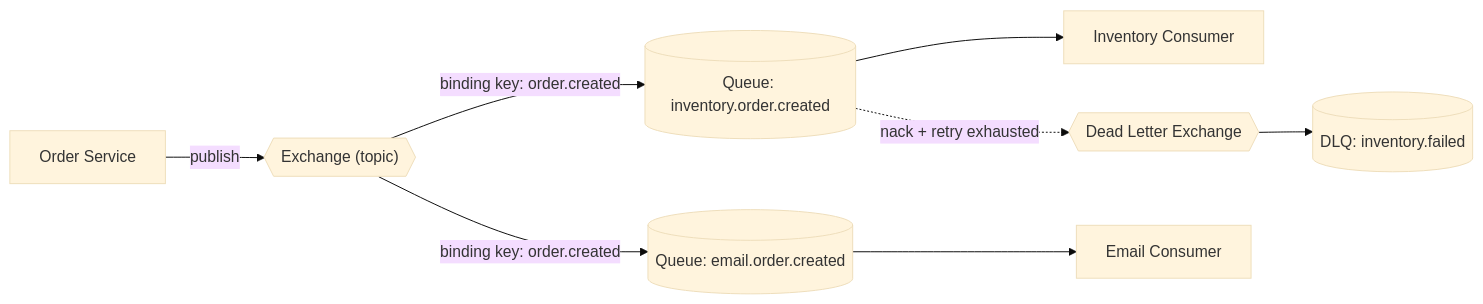
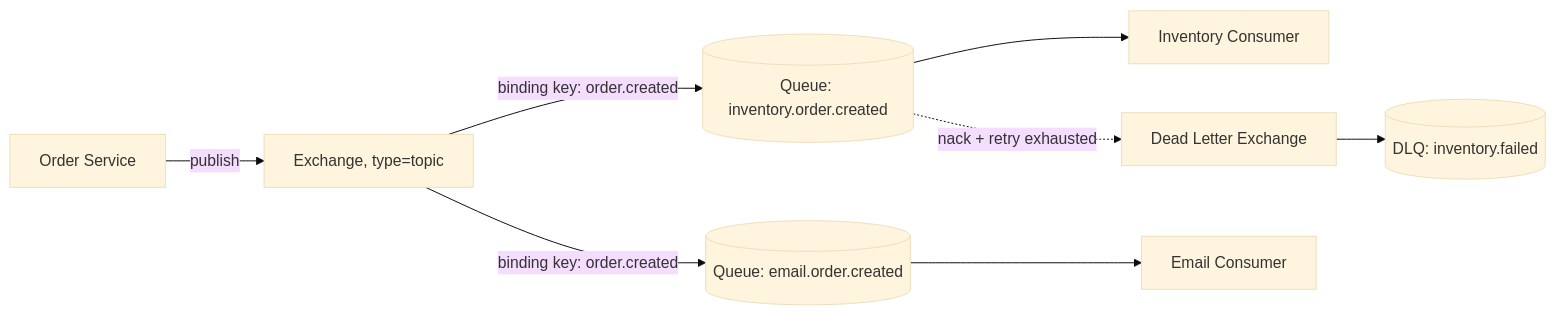
One commit to TheTangentLine/Learn_microservice_communication changed the first of 7 diagrams in Notes/Week2-Asynchronous_Communication_And_Message_Queues/README.md. Above: the diagram before and after it, drawn with Mermaid (base theme). The commit also changed 2 other files, not shown here.

Commit message:
fix mermaid diagram parsing error

````diff
--- a/Notes/Week2-Asynchronous_Communication_And_Message_Queues/README.md
+++ b/Notes/Week2-Asynchronous_Communication_And_Message_Queues/README.md
@@ -15,10 +15,10 @@
 ```mermaid
 flowchart LR
-    Order[Order Service] -->|publish| Ex{{"Exchange (topic)"}}
+    Order[Order Service] -->|publish| Ex["Exchange, type=topic"]
     Ex -->|"binding key: order.created"| Q1[(Queue: inventory.order.created)]
     Ex -->|"binding key: order.created"| Q2[(Queue: email.order.created)]
     Q1 --> Inv[Inventory Consumer]
     Q2 --> Email[Email Consumer]
-    Q1 -.->|nack + retry exhausted| DLX{{Dead Letter Exchange}}
+    Q1 -.->|nack + retry exhausted| DLX["Dead Letter Exchange"]
     DLX --> DLQ[(DLQ: inventory.failed)]
 ```
````
